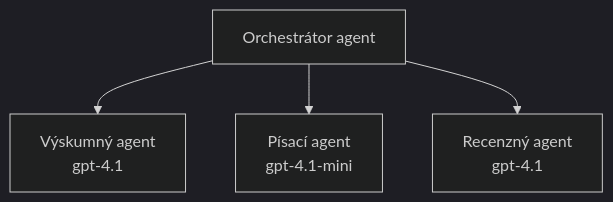
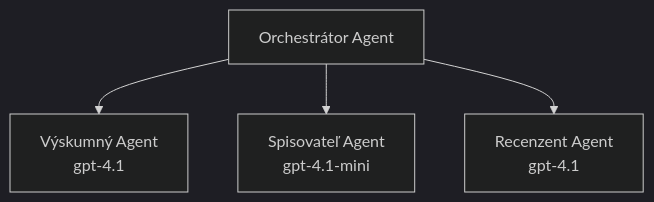
One commit to microsoft/AZD-for-beginners changed the third of 3 diagrams in translations/sk/docs/chapter-02-ai-development/agents.md. Above: the diagram before and after it, drawn with Mermaid (dark theme). The commit also changed other lines of this file and 59 other files, not shown here.

````diff
--- a/translations/sk/docs/chapter-02-ai-development/agents.md
+++ b/translations/sk/docs/chapter-02-ai-development/agents.md
@@ -201,6 +201,6 @@
 ```mermaid
 graph TD
-    Orchestrator[Orchestrátor agent] --> Research[Výskumný agent<br/>gpt-4.1]
-    Orchestrator --> Writer[Písací agent<br/>gpt-4.1-mini]
-    Orchestrator --> Reviewer[Recenzný agent<br/>gpt-4.1]
+    Orchestrator[Orchestrátor Agent] --> Research[Výskumný Agent<br/>gpt-4.1]
+    Orchestrator --> Writer[Spisovateľ Agent<br/>gpt-4.1-mini]
+    Orchestrator --> Reviewer[Recenzent Agent<br/>gpt-4.1]
 ```
````
